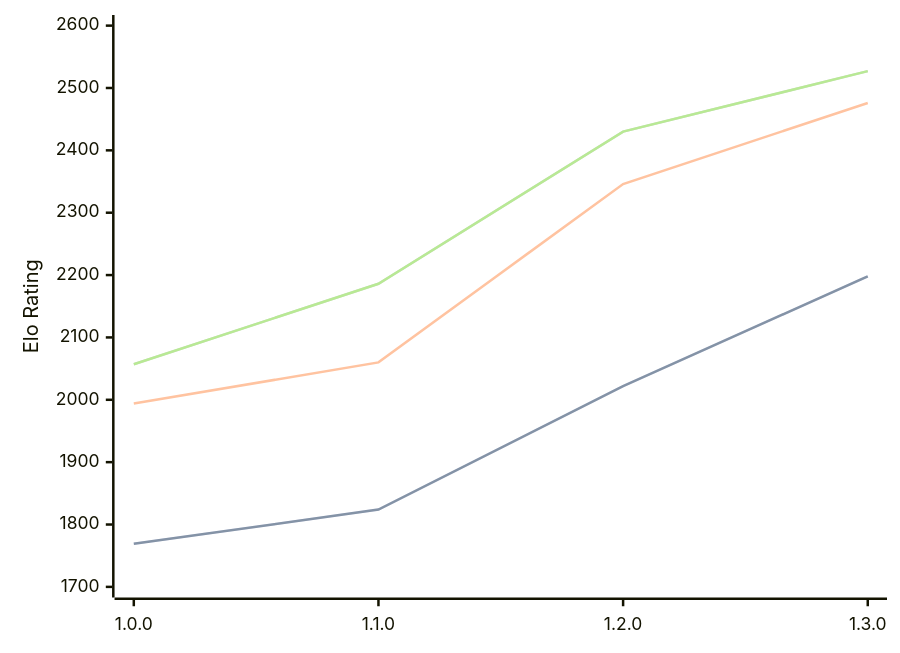
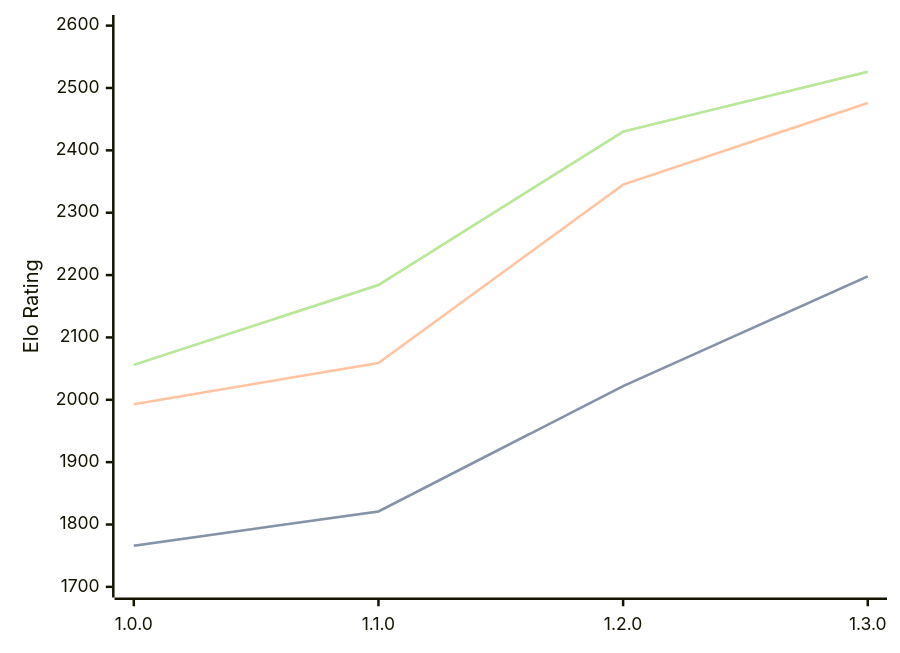
The diagram in engines/Anodos.md (computer-chess-index/cci), drawn with Mermaid before and after one commit. The commit also changed other lines of this file, not shown here.

Commit message:
Update CCI Ratings (ELO VLTC) - 2026-04-17

````diff
--- a/engines/Anodos.md
+++ b/engines/Anodos.md
@@ -45,11 +45,11 @@
 ```mermaid
 %%{init: {"theme":"base","themeVariables":{"seriesColors:['#a3a3a3','#222221','#faa371']}}}%%
 xychart-beta
   x-axis ["1.0.0", "1.1.0", "1.2.0", "1.3.0"]
   y-axis "Elo Rating" 1700 --> 2600
-  line "STC (8.0+0.08s)" [1769, 1824, 2022, 2198]
-  line "STC (8.0+0.08s)" [1769, 1824, 2022, 2198]
-  line "LTC (60.0+0.60s)" [1994, 2060, 2346, 2476]
-  line "VLTC (2m24s+1.12s)" [2057, 2186, 2430, 2527]
-  line "VLTC (2m24s+1.12s)" [2057, 2186, 2430, 2527]
+  line "STC (8.0+0.08s)" [1766, 1821, 2022, 2198]
+  line "STC (8.0+0.08s)" [1766, 1821, 2022, 2198]
+  line "LTC (60.0+0.60s)" [1993, 2059, 2345, 2476]
+  line "VLTC (2m24s+1.12s)" [2056, 2184, 2430, 2526]
+  line "VLTC (2m24s+1.12s)" [2056, 2184, 2430, 2526]
 ```
````
